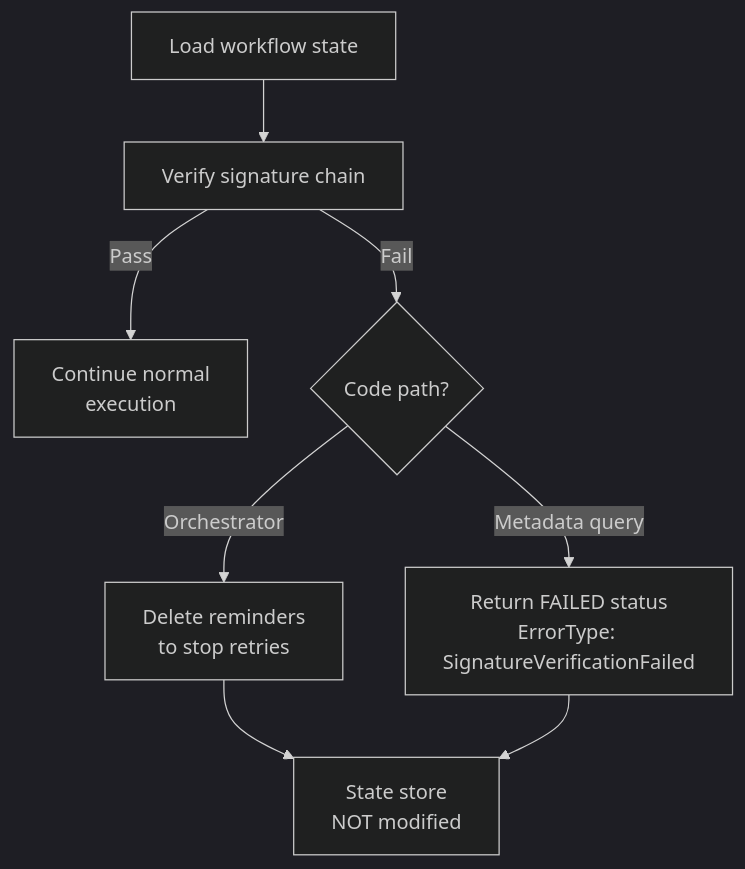
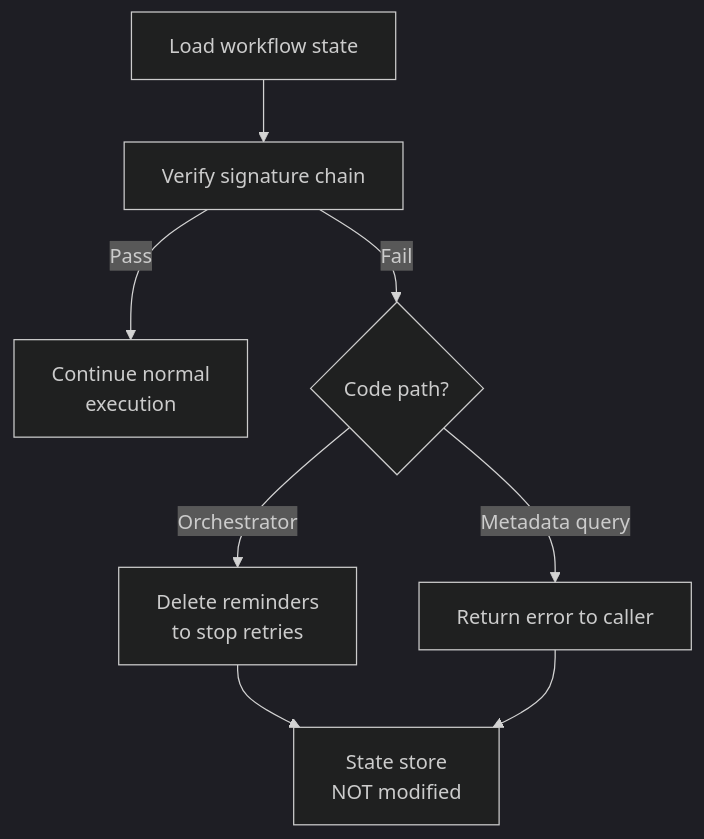
One commit to dapr/docs changed the fourth of 5 diagrams in daprdocs/content/en/developing-applications/building-blocks/workflow/workflow-history-signing.md. Above: the diagram before and after it, drawn with Mermaid (dark theme). The commit also changed other lines of this file and 2 other files, not shown here.

```diff
--- a/daprdocs/content/en/developing-applications/building-blocks/workflow/workflow-history-signing.md
+++ b/daprdocs/content/en/developing-applications/building-blocks/workflow/workflow-history-signing.md
@@ -231,10 +238,10 @@
 {{< mermaid >}}
 flowchart TD
     A["Load workflow state"] --> B["Verify signature chain"]
     B -->|Pass| C["Continue normal<br/>execution"]
     B -->|Fail| D{"Code path?"}
     D -->|Orchestrator| E["Delete reminders<br/>to stop retries"]
-    D -->|Metadata query| F["Return FAILED status<br/>ErrorType: SignatureVerificationFailed"]
+    D -->|Metadata query| F["Return error to caller"]
     E --> G["State store<br/>NOT modified"]
     F --> G
 {{< /mermaid >}}
```
